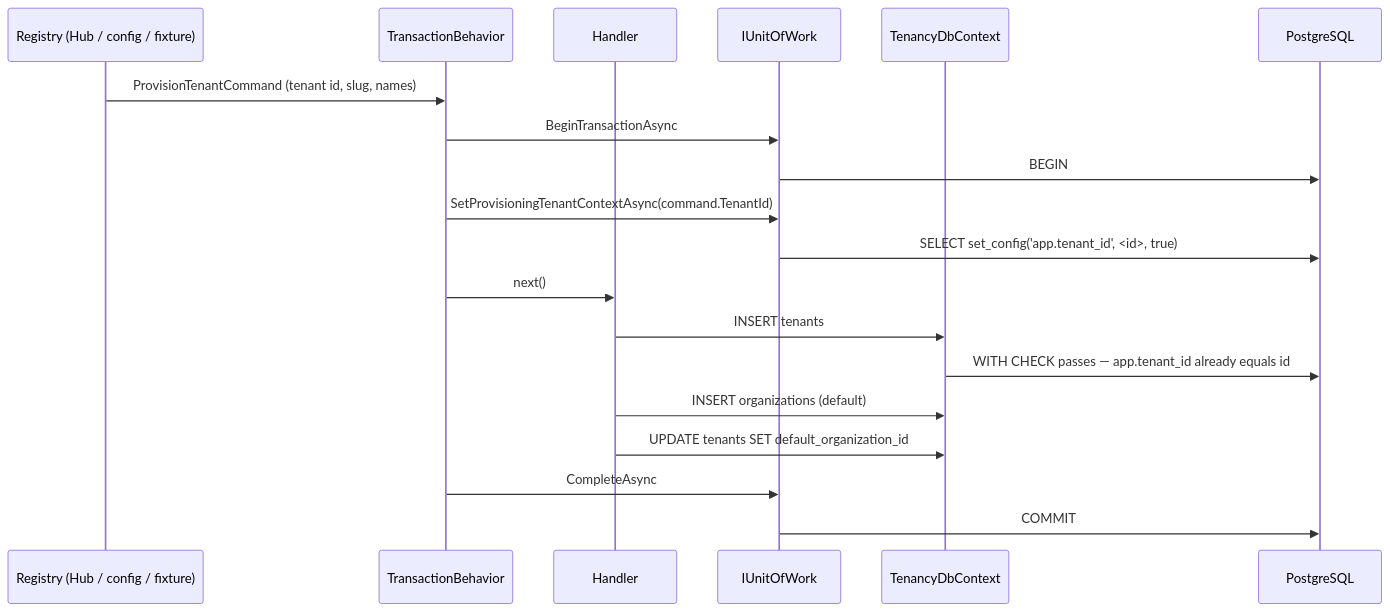
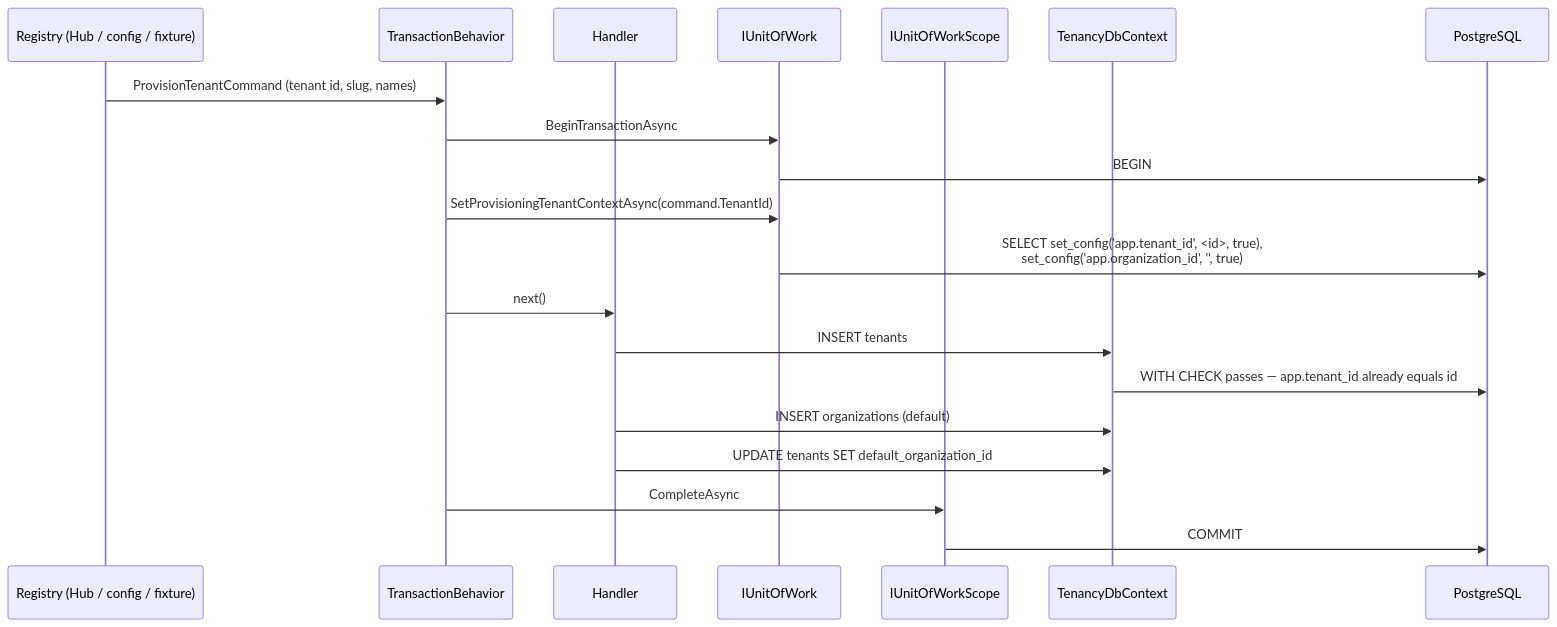
Before and after one commit to HodeTech/LearnStack: the fourth of 6 diagrams in docs/modules/tenancy/README.md, drawn with Mermaid. The commit also changed other lines of this file and 16 other files, not shown here.

````diff
--- a/docs/modules/tenancy/README.md
+++ b/docs/modules/tenancy/README.md
@@ -160,22 +160,23 @@
 ```mermaid
 sequenceDiagram
     participant R as Registry (Hub / config / fixture)
     participant T as TransactionBehavior
     participant H as Handler
     participant U as IUnitOfWork
+    participant S as IUnitOfWorkScope
     participant D as TenancyDbContext
     participant P as PostgreSQL
 
     R->>T: ProvisionTenantCommand (tenant id, slug, names)
     T->>U: BeginTransactionAsync
     U->>P: BEGIN
     T->>U: SetProvisioningTenantContextAsync(command.TenantId)
-    U->>P: SELECT set_config('app.tenant_id', <id>, true)
+    U->>P: SELECT set_config('app.tenant_id', <id>, true),<br/>set_config('app.organization_id', '', true)
     T->>H: next()
     H->>D: INSERT tenants
     D->>P: WITH CHECK passes — app.tenant_id already equals id
     H->>D: INSERT organizations (default)
     H->>D: UPDATE tenants SET default_organization_id
-    T->>U: CompleteAsync
-    U->>P: COMMIT
+    T->>S: CompleteAsync
+    S->>P: COMMIT
 ```
````
